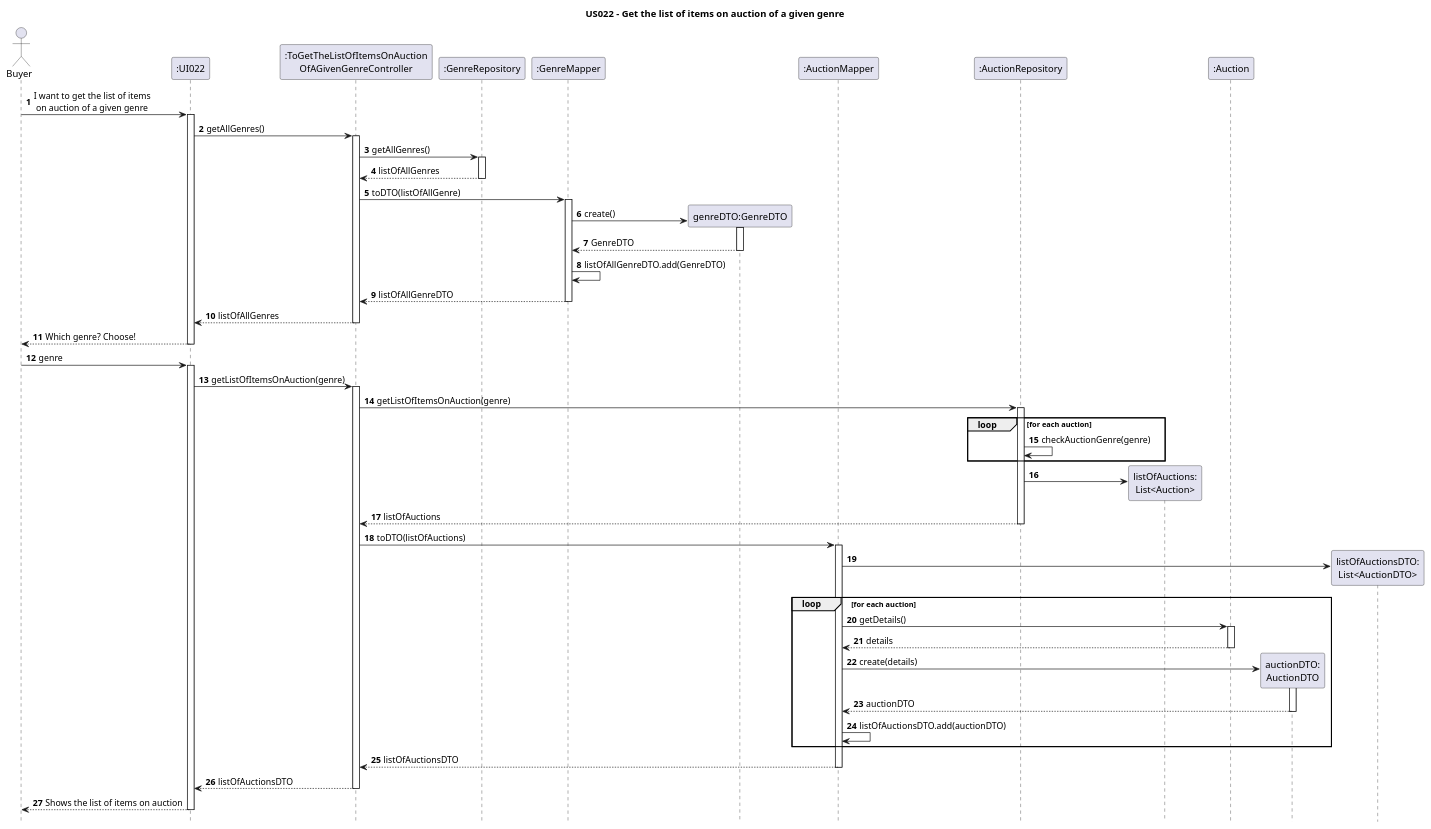
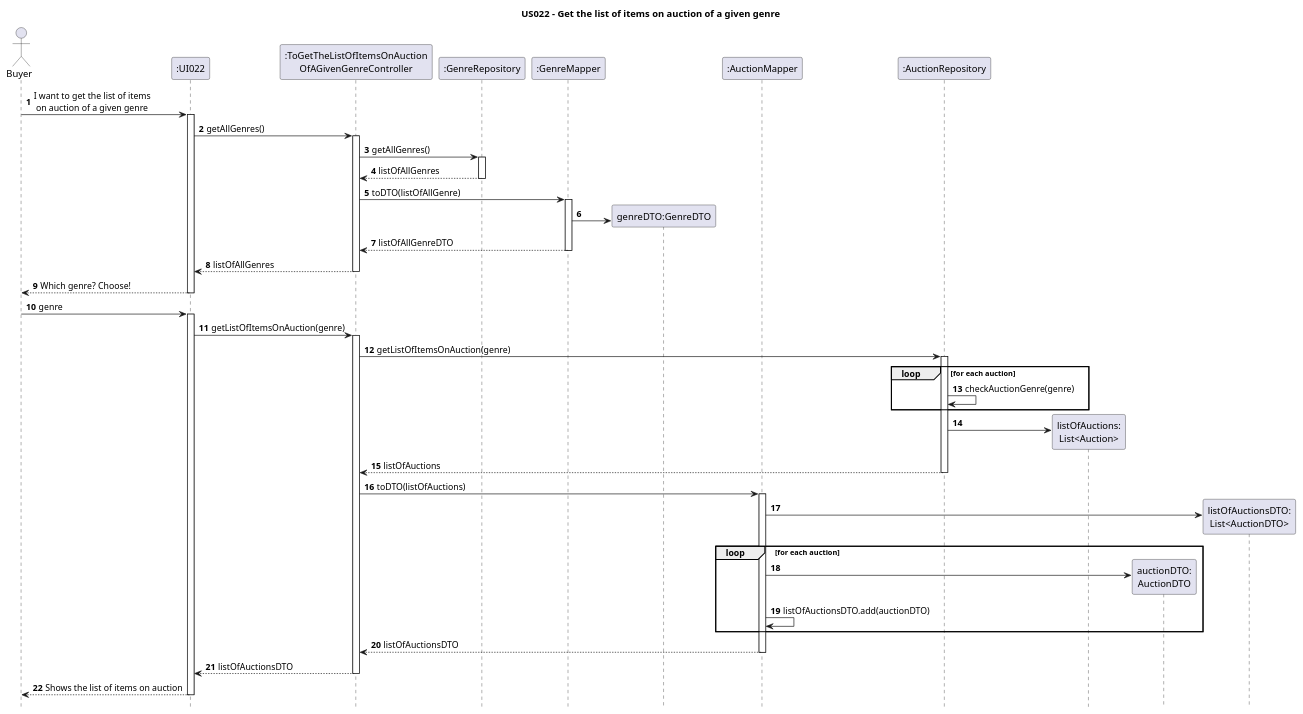
The diagram in Diagrams/SequenceDiagrams/N2/US022-to-get-the-list-of-items-on-auction-of-a-given-genre.puml (AndrePereiraGitH/SWitCH-Project-Team_A), drawn with PlantUML before and after one commit. The commit also changed 7 other files, not shown here.

```diff
--- a/Diagrams/SequenceDiagrams/N2/US022-to-get-the-list-of-items-on-auction-of-a-given-genre.puml
+++ b/Diagrams/SequenceDiagrams/N2/US022-to-get-the-list-of-items-on-auction-of-a-given-genre.puml
@@ -1,93 +1,82 @@
 @startuml
 autonumber
 hide footbox
 title US022 - Get the list of items on auction of a given genre
 
 actor Buyer
 
 ' Participants
 participant ":UI022" as UI
 participant ":ToGetTheListOfItemsOnAuction\nOfAGivenGenreController" as Ctrl
 participant ":GenreRepository" as GenreRepo
 participant ":GenreMapper" as GenreMapper
 participant "genreDTO:GenreDTO" as GenreDTO
 participant ":AuctionMapper" as Mapper
 participant ":AuctionRepository" as AuctionRepo
 participant "listOfAuctions:\nList<Auction>" as ListAuc
-participant ":Auction" as AuctionDomain
+'participant ":Auction" as AuctionDomain
 participant "auctionDTO:\nAuctionDTO" as DTO
 participant "listOfAuctionsDTO:\nList<AuctionDTO>" as ListDTO
 
 ' Interactions
 Buyer -> UI : I want to get the list of items\n on auction of a given genre
 activate UI
 
 UI -> Ctrl : getAllGenres()
 activate Ctrl
 
 Ctrl -> GenreRepo : getAllGenres()
 activate GenreRepo
 GenreRepo --> Ctrl : listOfAllGenres
 deactivate GenreRepo
 
 Ctrl -> GenreMapper: toDTO(listOfAllGenre)
 activate GenreMapper
-GenreMapper -> GenreDTO ** : create()
-activate GenreDTO
-GenreDTO --> GenreMapper: GenreDTO
-deactivate GenreDTO
-GenreMapper -> GenreMapper : listOfAllGenreDTO.add(GenreDTO)
+GenreMapper -> GenreDTO **
 GenreMapper --> Ctrl: listOfAllGenreDTO
 deactivate GenreMapper
 
 Ctrl --> UI : listOfAllGenres
 deactivate Ctrl
 
 UI --> Buyer : Which genre? Choose!
 deactivate UI
 
 Buyer -> UI : genre
 activate UI
 
 UI -> Ctrl : getListOfItemsOnAuction(genre)
 activate Ctrl
 
 Ctrl -> AuctionRepo : getListOfItemsOnAuction(genre)
 activate AuctionRepo
 
 loop for each auction
     AuctionRepo -> AuctionRepo : checkAuctionGenre(genre)
 end
 
 AuctionRepo -> ListAuc ** :
 AuctionRepo --> Ctrl : listOfAuctions
 deactivate AuctionRepo
 
 Ctrl -> Mapper : toDTO(listOfAuctions)
 activate Mapper
 Mapper -> ListDTO ** :
 
     loop for each auction
-        Mapper -> AuctionDomain : getDetails()
-        activate AuctionDomain
-        AuctionDomain --> Mapper : details
-        deactivate AuctionDomain
 
-        Mapper -> DTO ** : create(details)
-        activate DTO
-        DTO --> Mapper : auctionDTO
-        deactivate DTO
+        Mapper -> DTO **
 
         Mapper -> Mapper : listOfAuctionsDTO.add(auctionDTO)
     end
 
 Mapper --> Ctrl : listOfAuctionsDTO
 deactivate Mapper
 
 Ctrl --> UI : listOfAuctionsDTO
 deactivate Ctrl
 
 UI --> Buyer : Shows the list of items on auction
 deactivate UI
 
 @enduml
```
